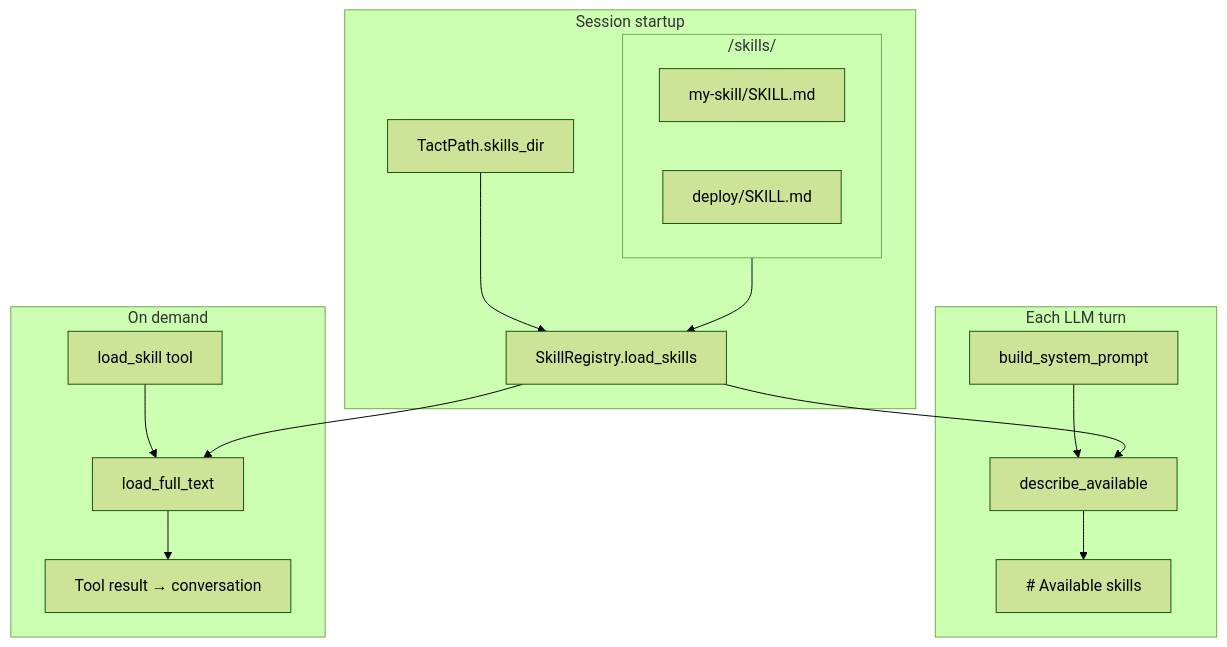
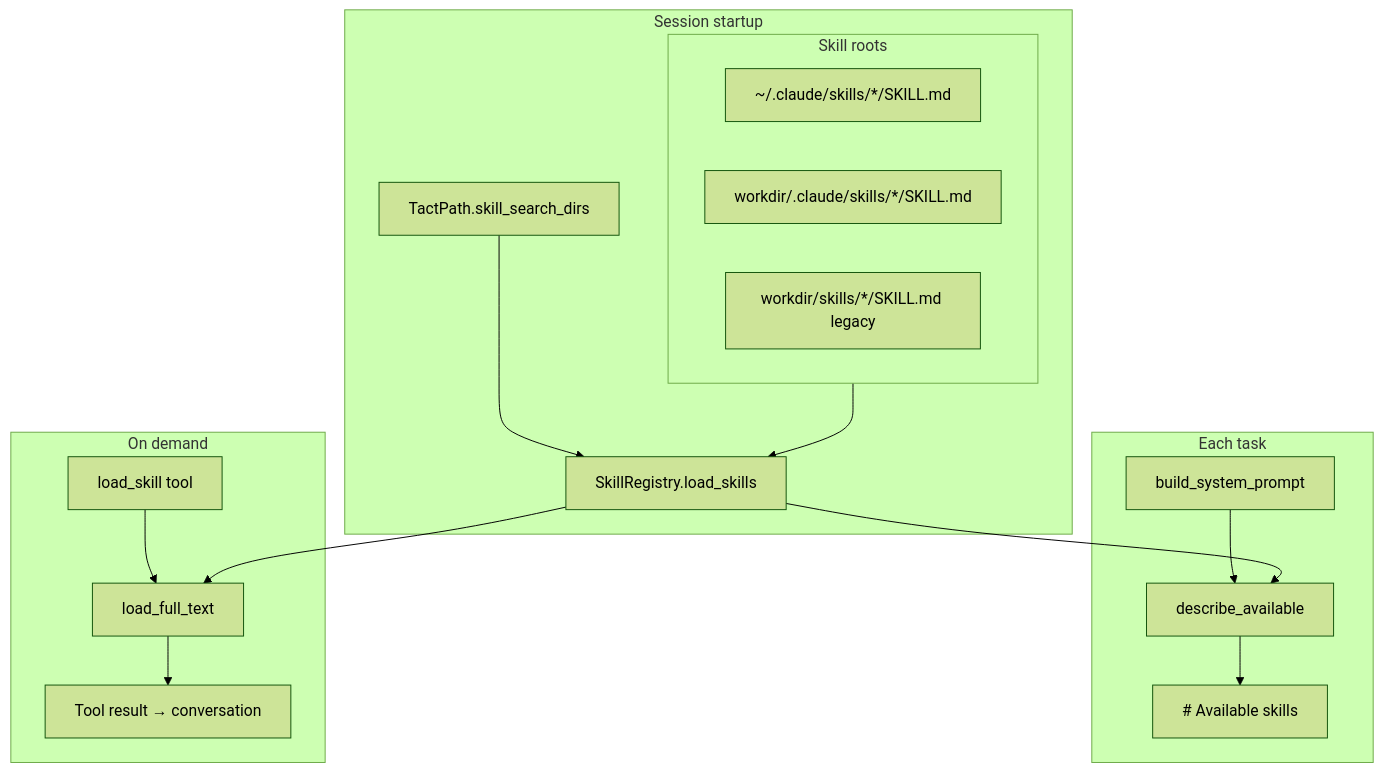
One commit to rust-infra/tact changed the diagram in book/02_chapter_skill.md. Above: the diagram before and after it, drawn with Mermaid (forest theme). The commit also changed other lines of this file and 20 other files, not shown here.

````diff
--- a/book/02_chapter_skill.md
+++ b/book/02_chapter_skill.md
@@ -24,31 +24,32 @@
 ```mermaid
 graph TB
-    subgraph Disk["<workdir>/skills/"]
-        S1["my-skill/SKILL.md"]
-        S2["deploy/SKILL.md"]
+    subgraph Disk["Skill roots"]
+        U["~/.claude/skills/*/SKILL.md"]
+        P["workdir/.claude/skills/*/SKILL.md"]
+        L["workdir/skills/*/SKILL.md legacy"]
     end
 
     subgraph Startup["Session startup"]
-        TP[TactPath.skills_dir]
+        TP[TactPath.skill_search_dirs]
         SR[SkillRegistry.load_skills]
         TP --> SR
         Disk --> SR
     end
 
-    subgraph Prompt["Each LLM turn"]
+    subgraph Prompt["Each task"]
         BSP[build_system_prompt]
         DA[describe_available]
         BSP --> DA
         DA --> SP["# Available skills"]
     end
 
     subgraph Tool["On demand"]
         LS[load_skill tool]
         LFT[load_full_text]
         LS --> LFT
         LFT --> Ctx["Tool result → conversation"]
     end
 
     SR --> DA
     SR --> LFT
 ```
````
